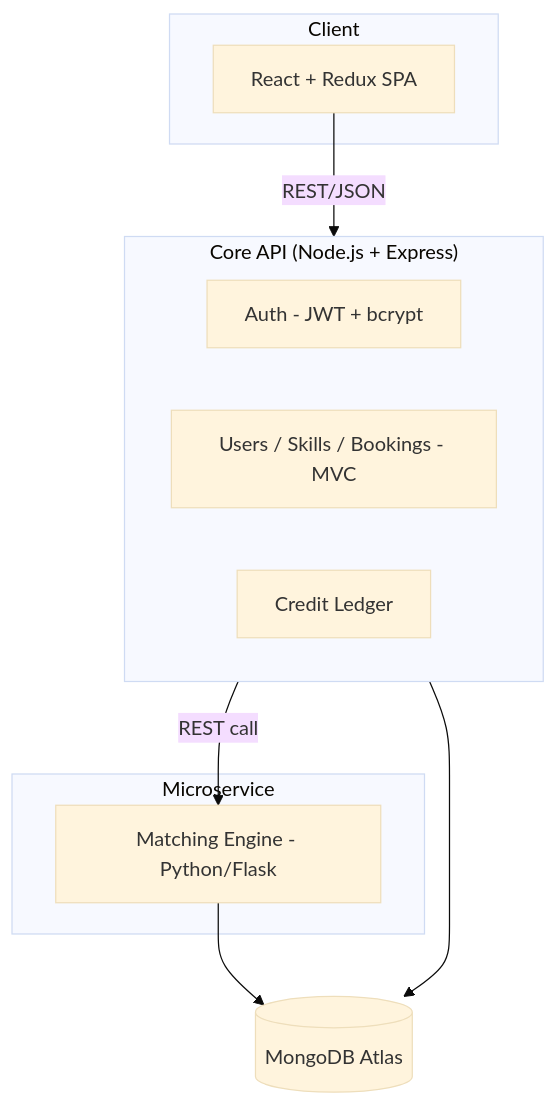
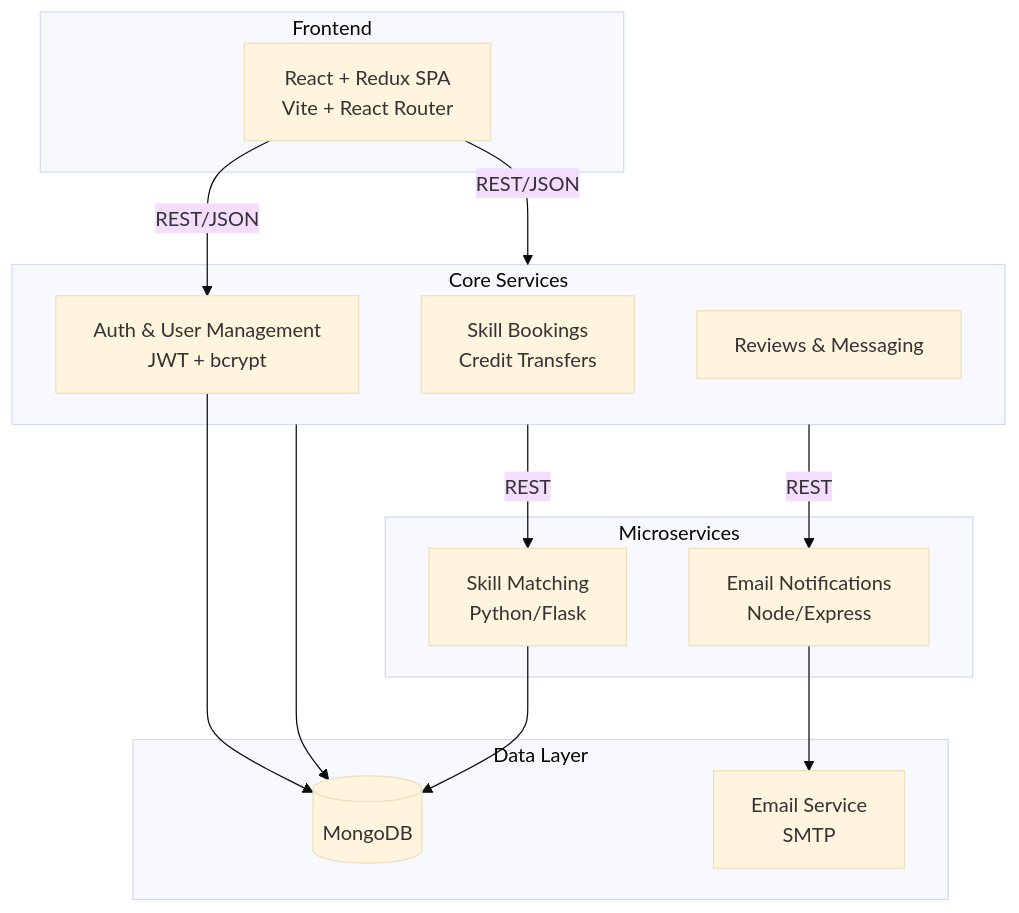
The diagram in README.md (eeemrann/skillswap), drawn with Mermaid (base theme) before and after one commit. The commit also changed other lines of this file, not shown here.

Commit message:
Rewrite README with comprehensive project details and updated architecture

````diff
--- a/README.md
+++ b/README.md
@@ -25,20 +35,28 @@
 ```mermaid
 flowchart TB
-    subgraph Client
-        A[React + Redux SPA]
+    subgraph Client["Frontend"]
+        A[React + Redux SPA<br/>Vite + React Router]
     end
-    subgraph Core["Core API (Node.js + Express)"]
-        B[Auth - JWT + bcrypt]
-        C[Users / Skills / Bookings - MVC]
-        D[Credit Ledger]
+    subgraph Services["Core Services"]
+        B["Auth & User Management<br/>JWT + bcrypt"]
+        C["Skill Bookings<br/>Credit Transfers"]
+        D["Reviews & Messaging"]
     end
-    subgraph Micro["Microservice"]
-        E[Matching Engine - Python/Flask]
+    subgraph Microservices["Microservices"]
+        E["Skill Matching<br/>Python/Flask"]
+        F["Email Notifications<br/>Node/Express"]
     end
-    G[(MongoDB Atlas)]
+    subgraph Data["Data Layer"]
+        G[(MongoDB)]
+        H["Email Service<br/>SMTP"]
+    end
 
-    A -->|REST/JSON| Core
-    Core --> G
-    Core -->|REST call| E
+    A -->|REST/JSON| B
+    A -->|REST/JSON| Services
+    B --> G
+    Services --> G
+    Services -->|REST| E
     E --> G
+    Services -->|REST| F
+    F --> H
 ```
````
